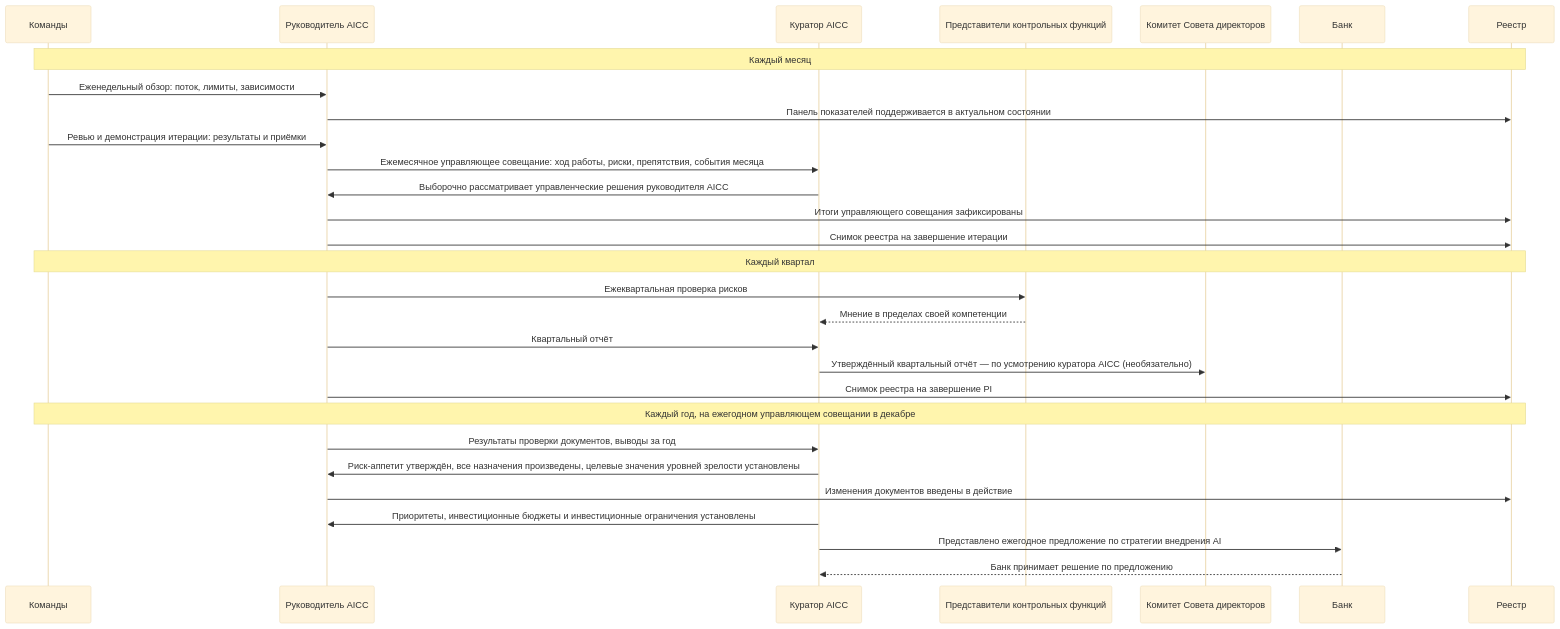
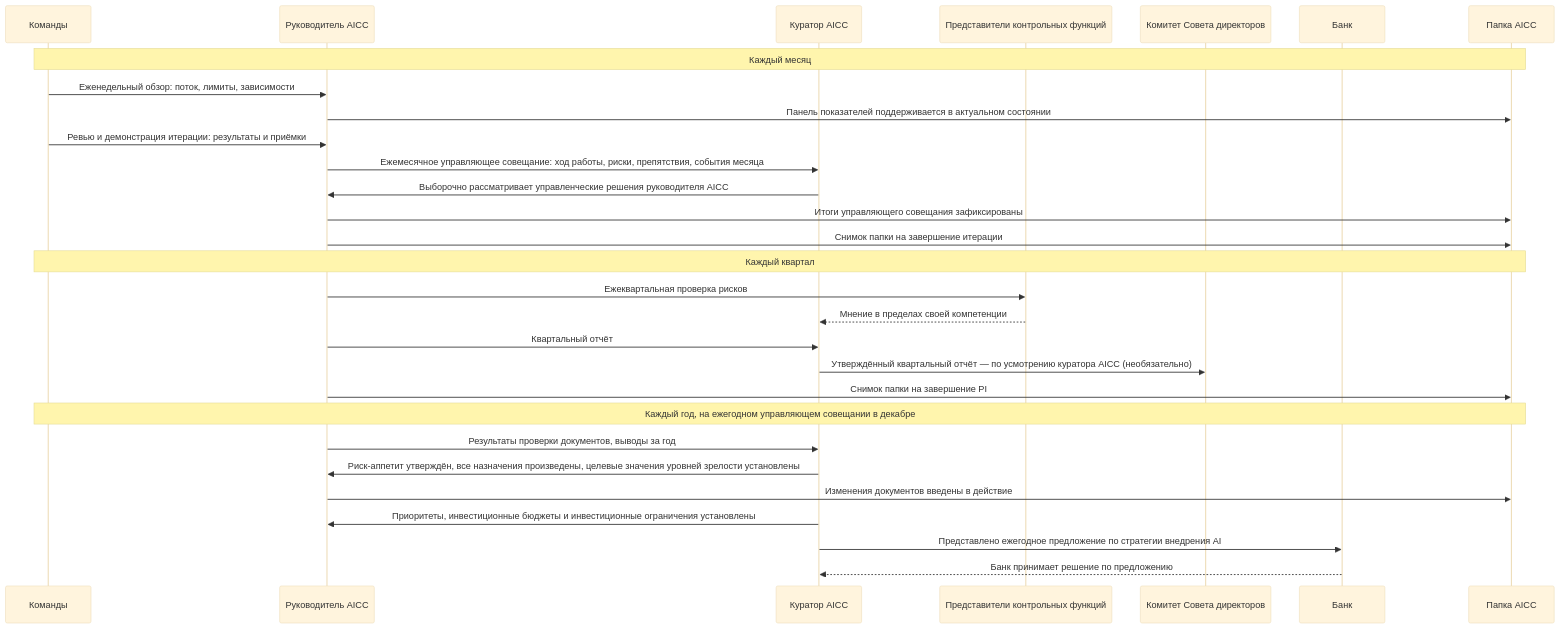
The third of 6 diagrams in charter/ru/workflows/unit-governance.md (devhogu/ob-aicc), drawn with Mermaid (base theme) before and after one commit. The commit also changed other lines of this file and 370 other files, not shown here.

````diff
--- a/charter/ru/workflows/unit-governance.md
+++ b/charter/ru/workflows/unit-governance.md
@@ -84,31 +84,31 @@
 ```mermaid
 sequenceDiagram
   participant T as Команды
   participant L as Руководитель AICC
   participant ES as Куратор AICC
   participant CF as Представители контрольных функций
   participant BC as Комитет Совета директоров
   participant BK as Банк
-  participant R as Реестр
+  participant R as Папка AICC
   Note over T,R: Каждый месяц
   T->>L: Еженедельный обзор: поток, лимиты, зависимости
   L->>R: Панель показателей поддерживается в актуальном состоянии
   T->>L: Ревью и демонстрация итерации: результаты и приёмки
   L->>ES: Ежемесячное управляющее совещание: ход работы, риски, препятствия, события месяца
   ES->>L: Выборочно рассматривает управленческие решения руководителя AICC
   L->>R: Итоги управляющего совещания зафиксированы
-  L->>R: Снимок реестра на завершение итерации
+  L->>R: Снимок папки на завершение итерации
   Note over T,R: Каждый квартал
   L->>CF: Ежеквартальная проверка рисков
   CF-->>ES: Мнение в пределах своей компетенции
   L->>ES: Квартальный отчёт
   ES->>BC: Утверждённый квартальный отчёт — по усмотрению куратора AICC (необязательно)
-  L->>R: Снимок реестра на завершение PI
+  L->>R: Снимок папки на завершение PI
   Note over T,R: Каждый год, на ежегодном управляющем совещании в декабре
   L->>ES: Результаты проверки документов, выводы за год
   ES->>L: Риск-аппетит утверждён, все назначения произведены, целевые значения уровней зрелости установлены
   L->>R: Изменения документов введены в действие
   ES->>L: Приоритеты, инвестиционные бюджеты и инвестиционные ограничения установлены
   ES->>BK: Представлено ежегодное предложение по стратегии внедрения AI
   BK-->>ES: Банк принимает решение по предложению
 ```
````
